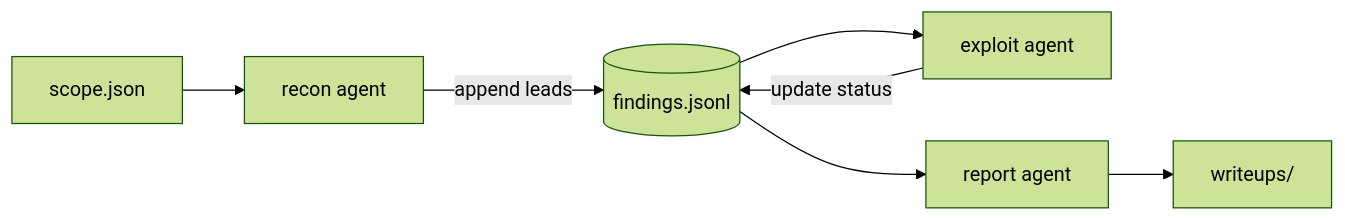
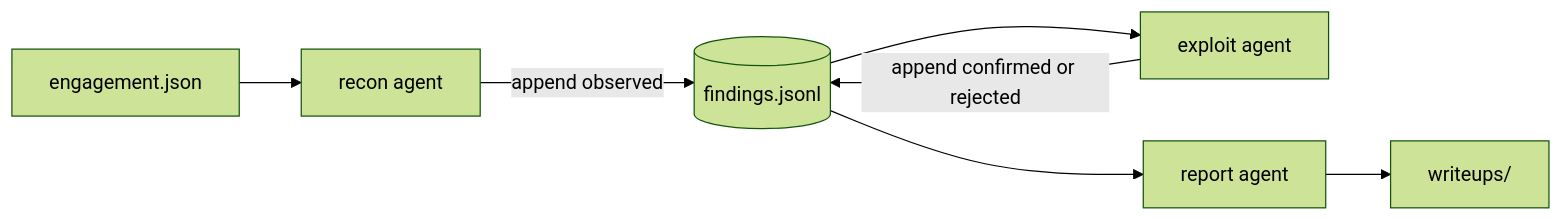
The diagram in docs/ORCHESTRATION.md (26zl/cybersec-toolkit), drawn with Mermaid (forest theme) before and after one commit. The commit also changed other lines of this file and 148 other files, not shown here.

````diff
--- a/docs/ORCHESTRATION.md
+++ b/docs/ORCHESTRATION.md
@@ -69,9 +91,9 @@
 ```mermaid
 flowchart LR
-    S[scope.json] --> R[recon agent]
-    R -->|append leads| F[(findings.jsonl)]
+    S[engagement.json] --> R[recon agent]
+    R -->|append observed| F[(findings.jsonl)]
     F --> X[exploit agent]
-    X -->|update status| F
+    X -->|append confirmed or rejected| F
     F --> W[report agent]
     W --> D[writeups/]
 ```
````
